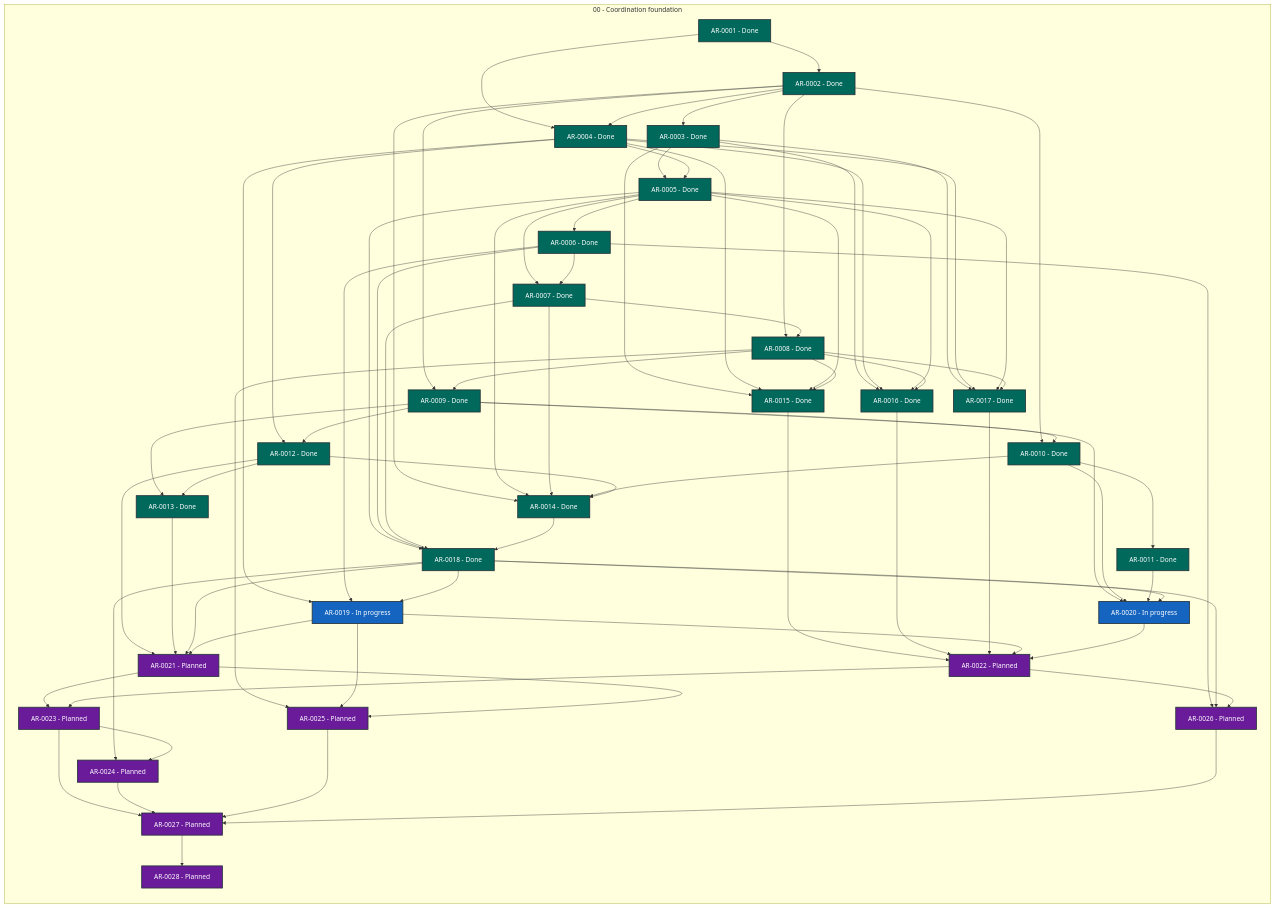
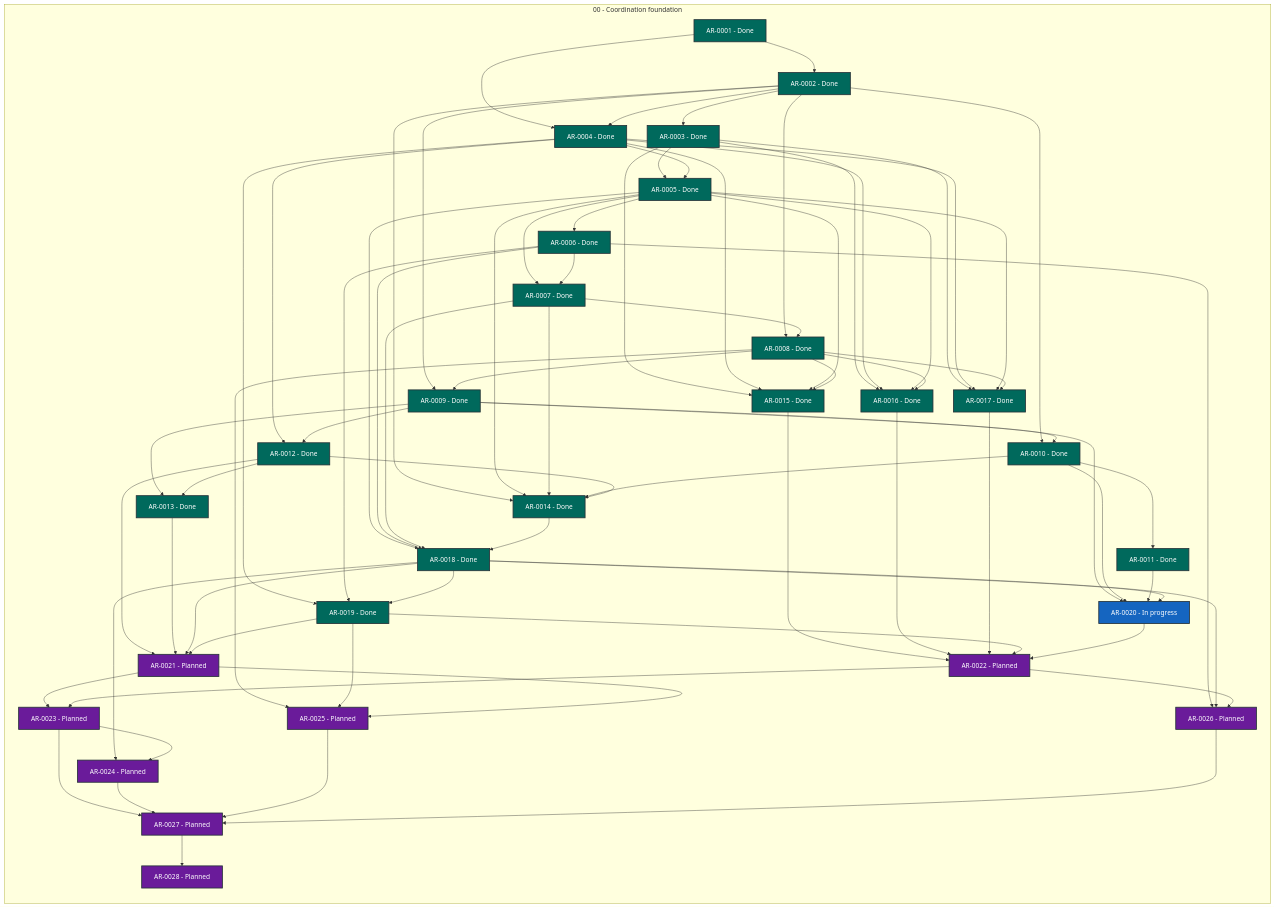
One commit to martin-beck/agent-workflow-runtime-state changed the diagram in STATUS.md. Above: the diagram before and after it, drawn with Mermaid. The commit also changed other lines of this file and 2 other files, not shown here.

```diff
--- a/STATUS.md
+++ b/STATUS.md
@@ -46,7 +46,7 @@
         AR_0016["AR-0016 - Done"]:::status_done
         AR_0017["AR-0017 - Done"]:::status_done
         AR_0018["AR-0018 - Done"]:::status_done
-        AR_0019["AR-0019 - In progress"]:::status_in_progress
+        AR_0019["AR-0019 - Done"]:::status_done
         AR_0020["AR-0020 - In progress"]:::status_in_progress
         AR_0021["AR-0021 - Planned"]:::status_planned
         AR_0022["AR-0022 - Planned"]:::status_planned
```
